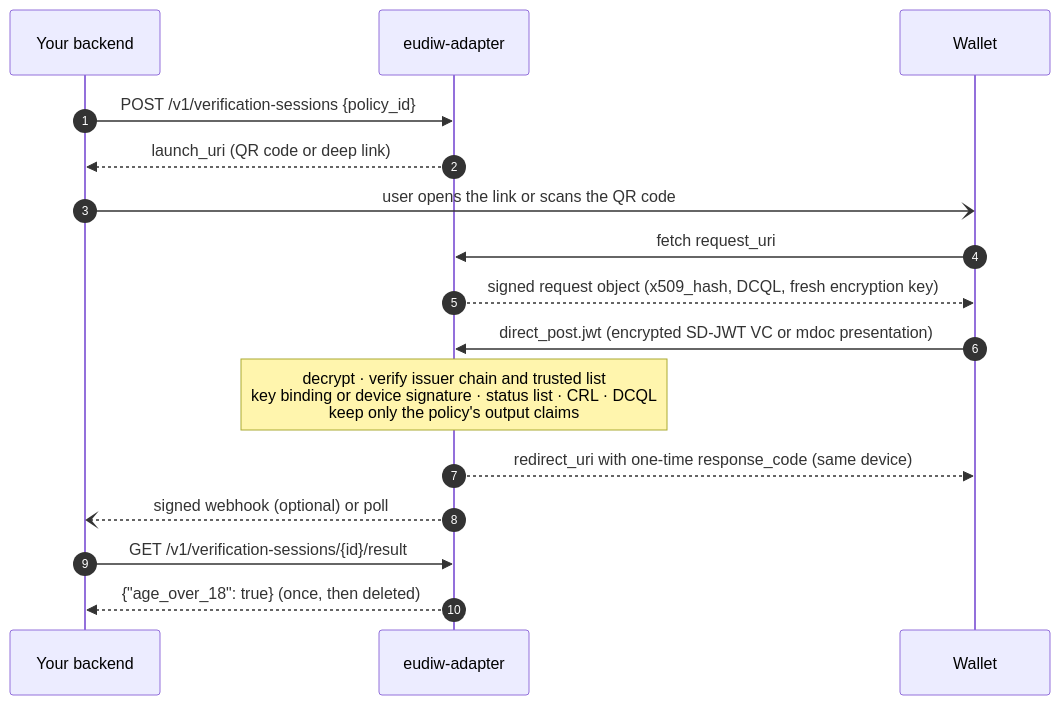
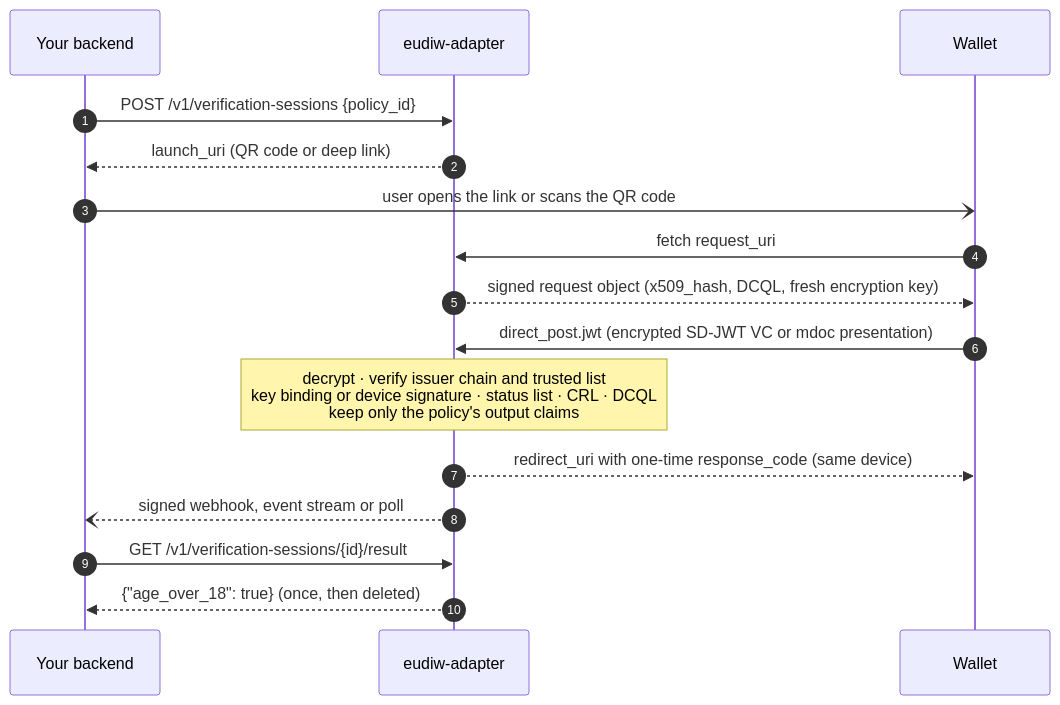
Before and after one commit to su-engineering/eudiw-adapter: the first of 2 diagrams in README.md, drawn with Mermaid. The commit also changed other lines of this file and 13 other files, not shown here.

````diff
--- a/README.md
+++ b/README.md
@@ -89,18 +89,18 @@
 ```mermaid
 sequenceDiagram
     autonumber
     participant App as Your backend
     participant A as eudiw-adapter
     participant W as Wallet
     App->>A: POST /v1/verification-sessions {policy_id}
     A-->>App: launch_uri (QR code or deep link)
     App-)W: user opens the link or scans the QR code
     W->>A: fetch request_uri
     A-->>W: signed request object (x509_hash, DCQL, fresh encryption key)
     W->>A: direct_post.jwt (encrypted SD-JWT VC or mdoc presentation)
     Note over A: decrypt · verify issuer chain and trusted list<br/>key binding or device signature · status list · CRL · DCQL<br/>keep only the policy's output claims
     A-->>W: redirect_uri with one-time response_code (same device)
-    A--)App: signed webhook (optional) or poll
+    A--)App: signed webhook, event stream or poll
     App->>A: GET /v1/verification-sessions/{id}/result
     A-->>App: {"age_over_18": true} (once, then deleted)
 ```
````
